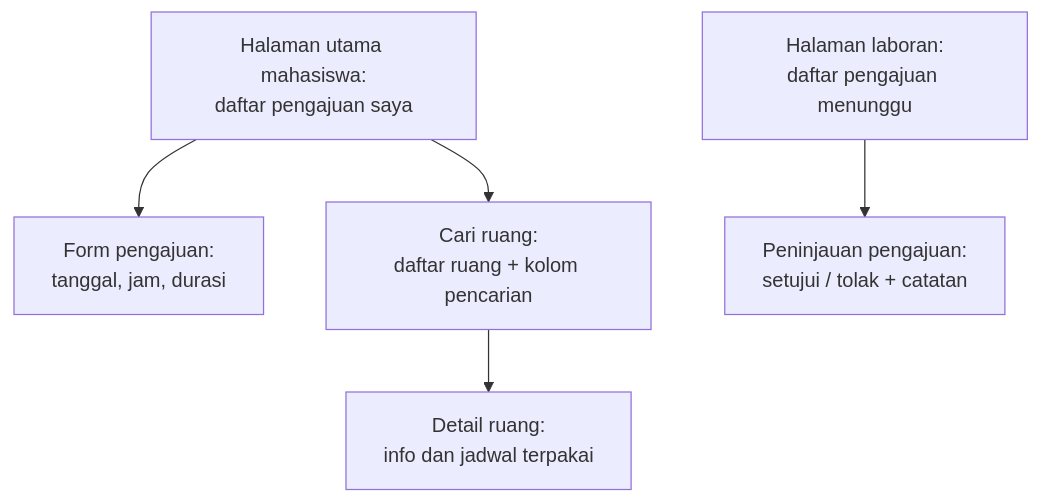
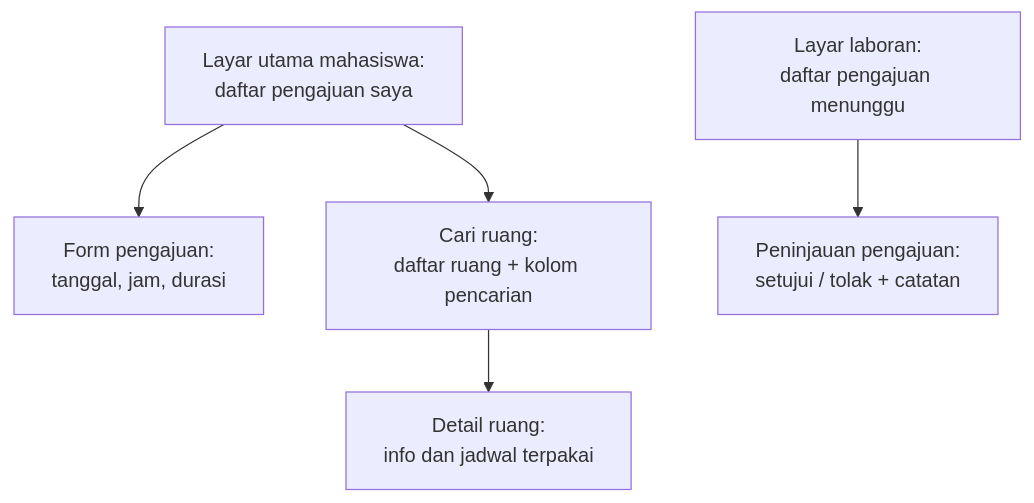
The second of 3 diagrams in pertemuan-05/05-Pertemuan-5.md (PBWFEND/PAB), drawn with Mermaid before and after one commit. The commit also changed other lines of this file and 5 other files, not shown here.

Commit message:
Add Pertemuan 6 materials: navigation and interaction flow documentation and task guidelines

````diff
--- a/pertemuan-05/05-Pertemuan-5.md
+++ b/pertemuan-05/05-Pertemuan-5.md
@@ -127,7 +127,7 @@
 ```mermaid
 flowchart TD
-    H["Halaman utama mahasiswa:<br>daftar pengajuan saya"] --> D["Form pengajuan:<br>tanggal, jam, durasi"]
+   H["Layar utama mahasiswa:<br>daftar pengajuan saya"] --> D["Form pengajuan:<br>tanggal, jam, durasi"]
     H --> R["Cari ruang:<br>daftar ruang + kolom pencarian"]
     R --> I["Detail ruang:<br>info dan jadwal terpakai"]
-    L["Halaman laboran:<br>daftar pengajuan menunggu"] --> V["Peninjauan pengajuan:<br>setujui / tolak + catatan"]
+   L["Layar laboran:<br>daftar pengajuan menunggu"] --> V["Peninjauan pengajuan:<br>setujui / tolak + catatan"]
 ```
````
